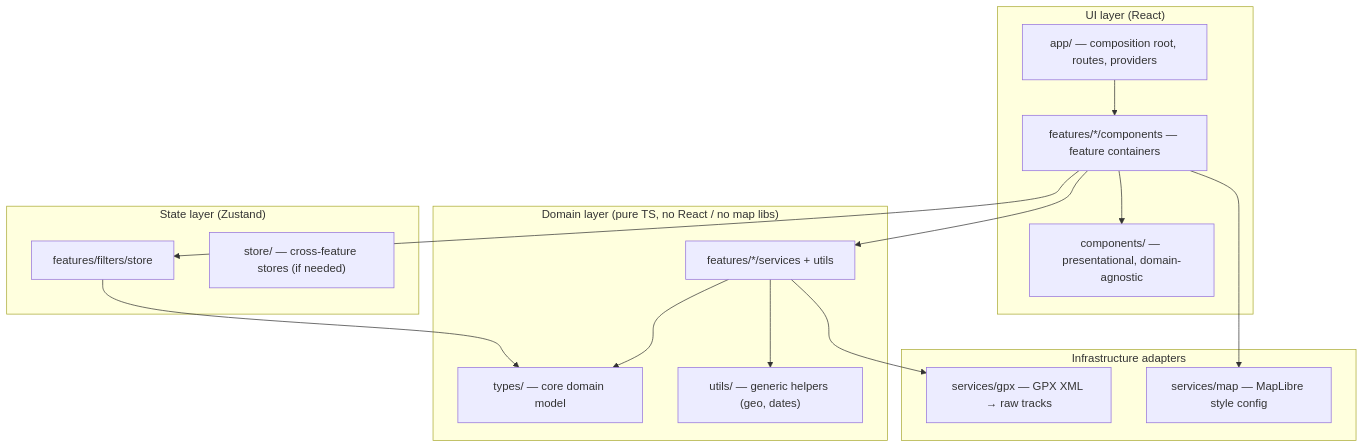
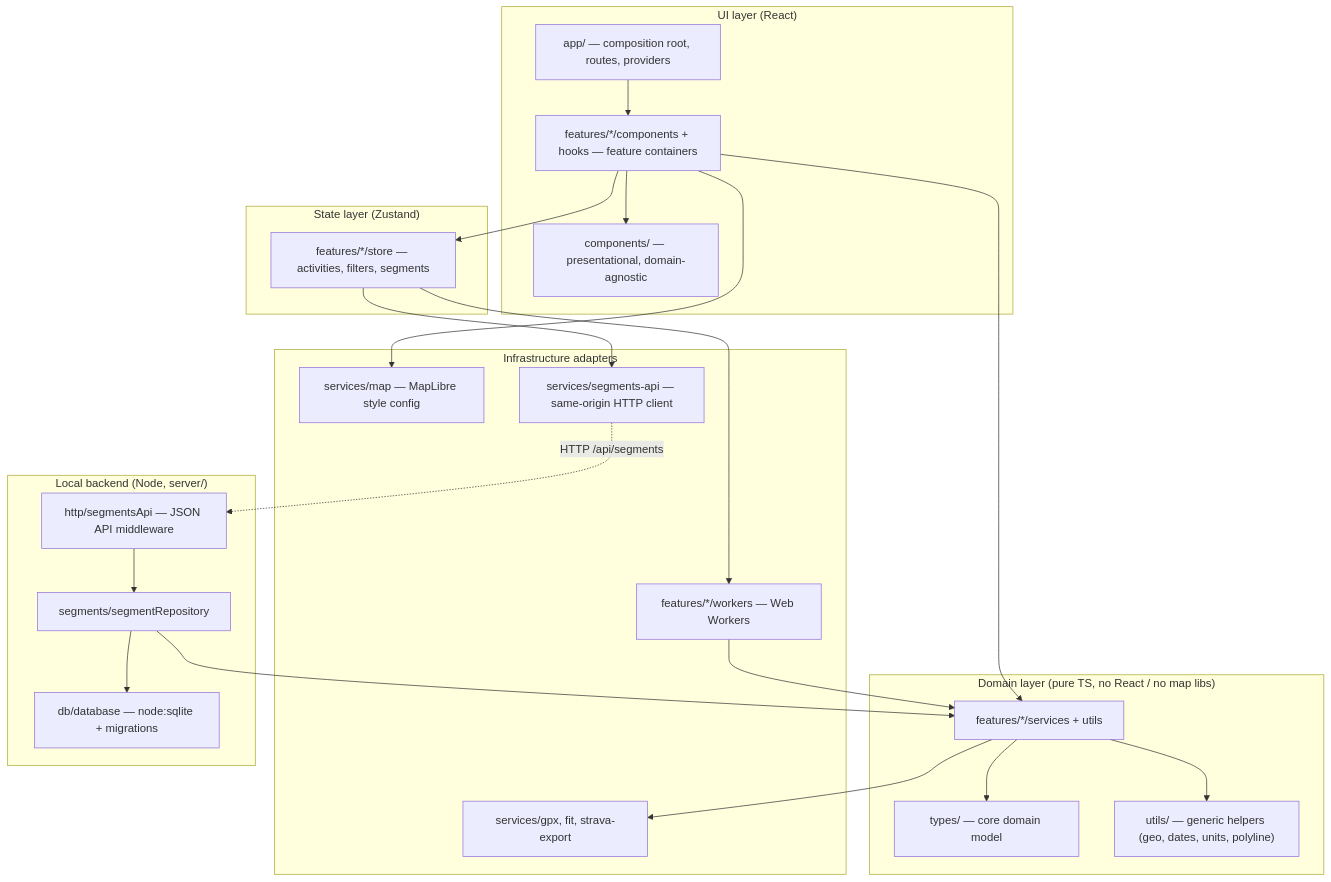
Before and after one commit to dilshandbg/pedal-paths: the first of 3 diagrams in docs/architecture.md, drawn with Mermaid. The commit also changed other lines of this file and 6 other files, not shown here.

First line of the commit message:
docs: architecture, design, traceability and README for BRD v2.0

````diff
--- a/docs/architecture.md
+++ b/docs/architecture.md
@@ -16,33 +22,45 @@
 ```mermaid
 flowchart TD
     subgraph UI["UI layer (React)"]
         APP["app/ — composition root, routes, providers"]
         CMP["components/ — presentational, domain-agnostic"]
-        FCMP["features/*/components — feature containers"]
+        FCMP["features/*/components + hooks — feature containers"]
     end
 
     subgraph STATE["State layer (Zustand)"]
-        FSTORE["features/filters/store"]
-        ASTORE["store/ — cross-feature stores (if needed)"]
+        STORES["features/*/store — activities, filters, segments"]
     end
 
     subgraph DOMAIN["Domain layer (pure TS, no React / no map libs)"]
         TYPES["types/ — core domain model"]
         FSVC["features/*/services + utils"]
-        UTIL["utils/ — generic helpers (geo, dates)"]
+        UTIL["utils/ — generic helpers (geo, dates, units, polyline)"]
     end
 
     subgraph INFRA["Infrastructure adapters"]
-        GPX["services/gpx — GPX XML → raw tracks"]
-        GMAPS["services/map — MapLibre style config"]
+        GPX["services/gpx, fit, strava-export"]
+        MAPS["services/map — MapLibre style config"]
+        API["services/segments-api — same-origin HTTP client"]
+        WRK["features/*/workers — Web Workers"]
+    end
+
+    subgraph SERVER["Local backend (Node, server/)"]
+        HTTP["http/segmentsApi — JSON API middleware"]
+        REPO["segments/segmentRepository"]
+        DB["db/database — node:sqlite + migrations"]
     end
 
     APP --> FCMP --> CMP
-    FCMP --> FSTORE
+    FCMP --> STORES
     FCMP --> FSVC
-    FSTORE --> TYPES
+    STORES --> API
+    STORES --> WRK
+    WRK --> FSVC
     FSVC --> TYPES
     FSVC --> UTIL
     FSVC --> GPX
-    FCMP --> GMAPS
+    FCMP --> MAPS
+    API -. "HTTP /api/segments" .-> HTTP
+    HTTP --> REPO --> DB
+    REPO --> FSVC
 ```
````
